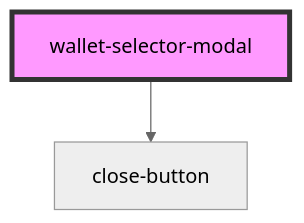
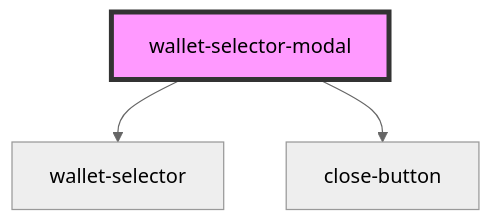
One commit to near/wallet-selector changed the diagram in packages/selector-ui/src/components/wallet-selector-modal/readme.md. Above: the diagram before and after it, drawn with Mermaid (neutral theme). The commit also changed other lines of this file and 23 other files, not shown here.

````diff
--- a/packages/selector-ui/src/components/wallet-selector-modal/readme.md
+++ b/packages/selector-ui/src/components/wallet-selector-modal/readme.md
@@ -45,5 +56,6 @@
 ```mermaid
 graph TD;
+  wallet-selector-modal --> wallet-selector
   wallet-selector-modal --> close-button
   style wallet-selector-modal fill:#f9f,stroke:#333,stroke-width:4px
 ```
````
